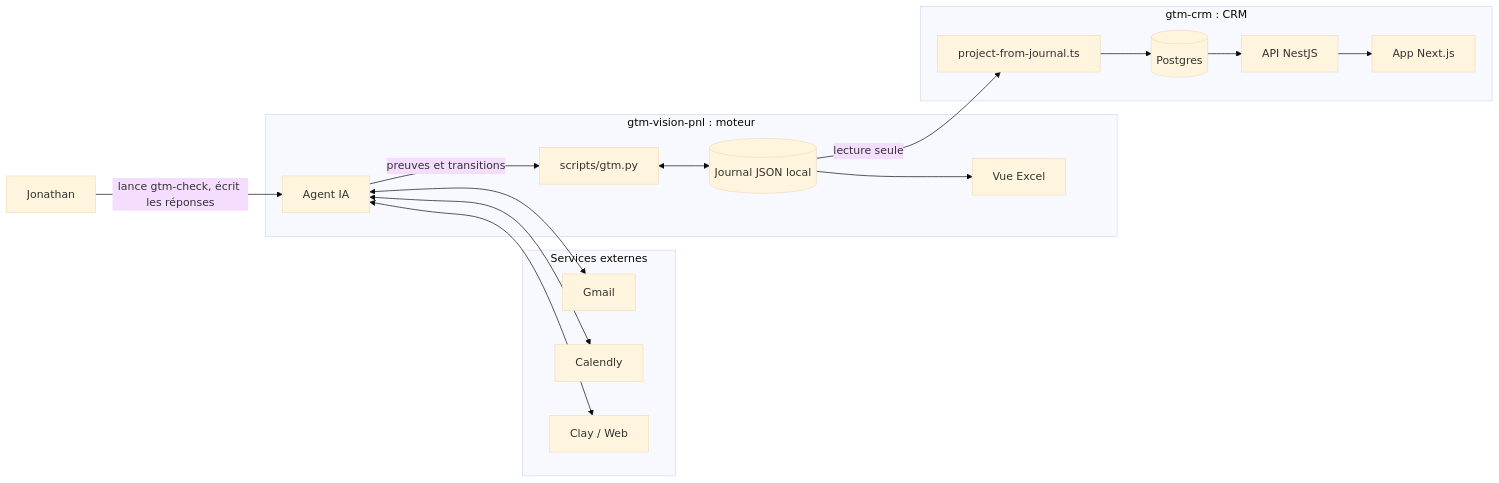
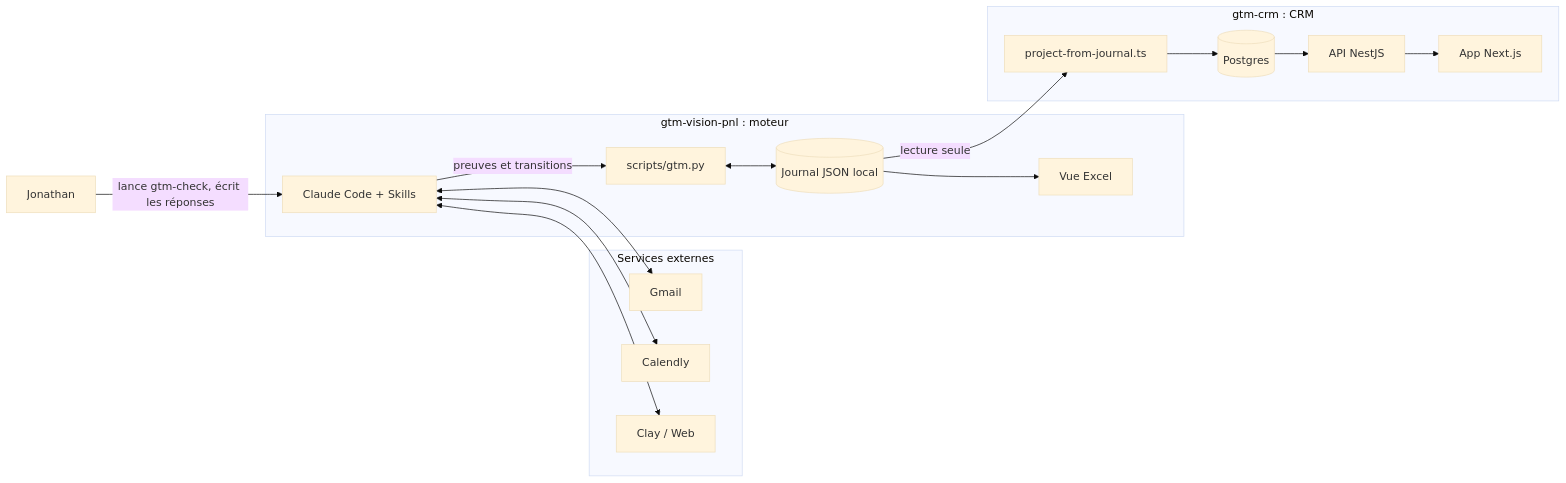
Before and after one commit to spykernv/gtm-vision-pnl: the first of 3 diagrams in README.md, drawn with Mermaid (base theme). The commit also changed other lines of this file and 5 other files, not shown here.

````diff
--- a/README.md
+++ b/README.md
@@ -56,30 +85,30 @@
 ```mermaid
 flowchart LR
   subgraph Externe[Services externes]
     Gmail
     Calendly
     Clay[Clay / Web]
   end
   subgraph Moteur[gtm-vision-pnl : moteur]
-    Agent[Agent IA]
+    Agent[Claude Code + Skills]
     Engine[scripts/gtm.py]
     Journal[(Journal JSON local)]
     Excel[Vue Excel]
   end
   subgraph CRM[gtm-crm : CRM]
     Projection[project-from-journal.ts]
     DB[(Postgres)]
     API[API NestJS]
     App[App Next.js]
   end
   Human[Jonathan] -- lance gtm-check, écrit les réponses --> Agent
   Agent <--> Gmail
   Agent <--> Calendly
   Agent <--> Clay
   Agent -- preuves et transitions --> Engine
   Engine <--> Journal
   Journal --> Excel
   Journal -- lecture seule --> Projection
   Projection --> DB
   DB --> API --> App
 ```
````
